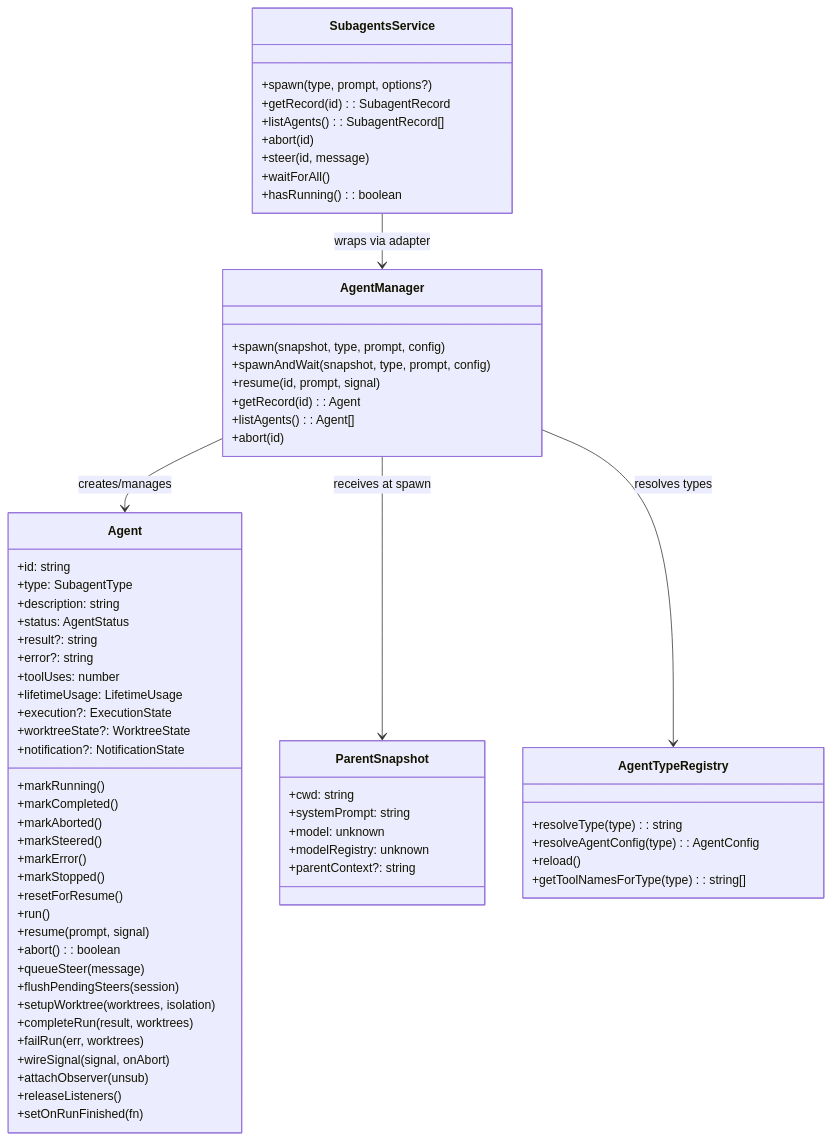
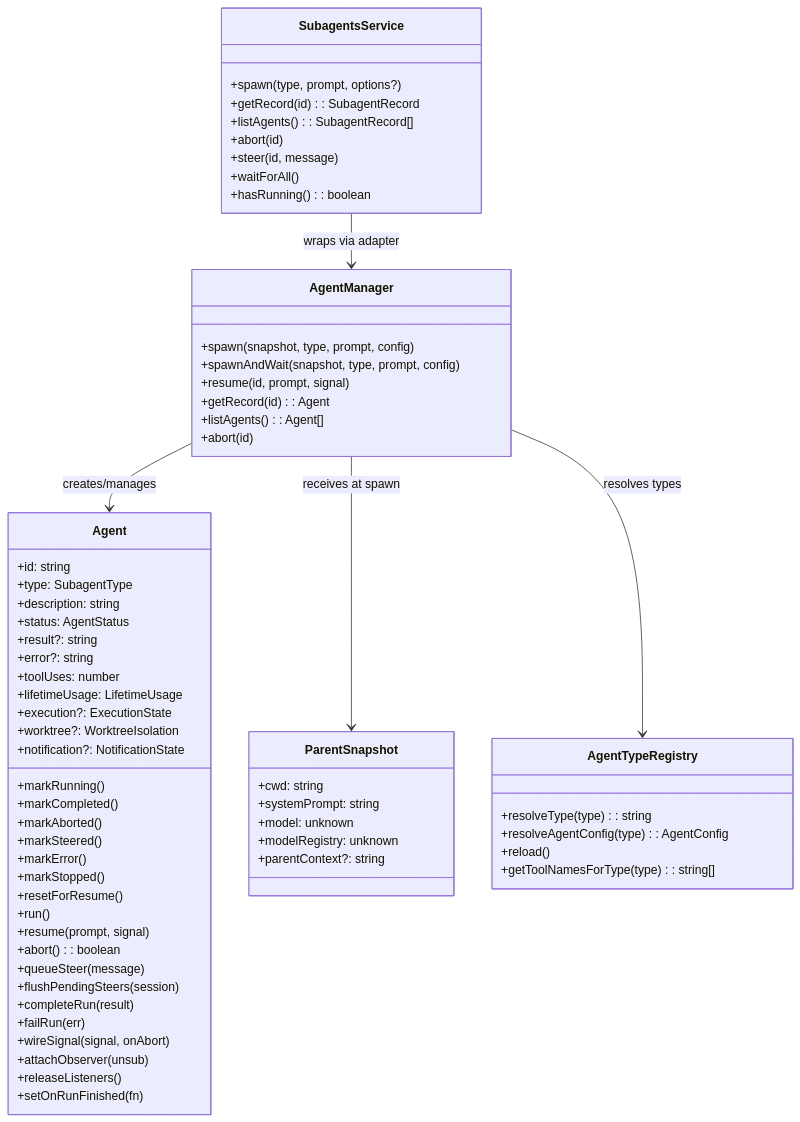
Before and after one commit to ttdua/pi-subagents: the second of 6 diagrams in docs/architecture/architecture.md, drawn with Mermaid. The commit also changed other lines of this file, not shown here.

Commit message:
docs(pi-subagents): reflect WorktreeIsolation extraction in architecture

````diff
--- a/docs/architecture/architecture.md
+++ b/docs/architecture/architecture.md
@@ -103,74 +103,73 @@
 ```mermaid
 classDiagram
     class Agent {
         +id: string
         +type: SubagentType
         +description: string
         +status: AgentStatus
         +result?: string
         +error?: string
         +toolUses: number
         +lifetimeUsage: LifetimeUsage
         +execution?: ExecutionState
-        +worktreeState?: WorktreeState
+        +worktree?: WorktreeIsolation
         +notification?: NotificationState
         +markRunning()
         +markCompleted()
         +markAborted()
         +markSteered()
         +markError()
         +markStopped()
         +resetForResume()
         +run()
         +resume(prompt, signal)
         +abort(): boolean
         +queueSteer(message)
         +flushPendingSteers(session)
-        +setupWorktree(worktrees, isolation)
-        +completeRun(result, worktrees)
-        +failRun(err, worktrees)
+        +completeRun(result)
+        +failRun(err)
         +wireSignal(signal, onAbort)
         +attachObserver(unsub)
         +releaseListeners()
         +setOnRunFinished(fn)
     }
 
     class AgentManager {
         +spawn(snapshot, type, prompt, config)
         +spawnAndWait(snapshot, type, prompt, config)
         +resume(id, prompt, signal)
         +getRecord(id): Agent
         +listAgents(): Agent[]
         +abort(id)
     }
 
     class AgentTypeRegistry {
         +resolveType(type): string
         +resolveAgentConfig(type): AgentConfig
         +reload()
         +getToolNamesForType(type): string[]
     }
 
     class ParentSnapshot {
         +cwd: string
         +systemPrompt: string
         +model: unknown
         +modelRegistry: unknown
         +parentContext?: string
     }
 
     class SubagentsService {
         +spawn(type, prompt, options?)
         +getRecord(id): SubagentRecord
         +listAgents(): SubagentRecord[]
         +abort(id)
         +steer(id, message)
         +waitForAll()
         +hasRunning(): boolean
     }
 
     AgentManager --> Agent : creates/manages
     AgentManager --> ParentSnapshot : receives at spawn
     SubagentsService --> AgentManager : wraps via adapter
     AgentManager --> AgentTypeRegistry : resolves types
 ```
````
